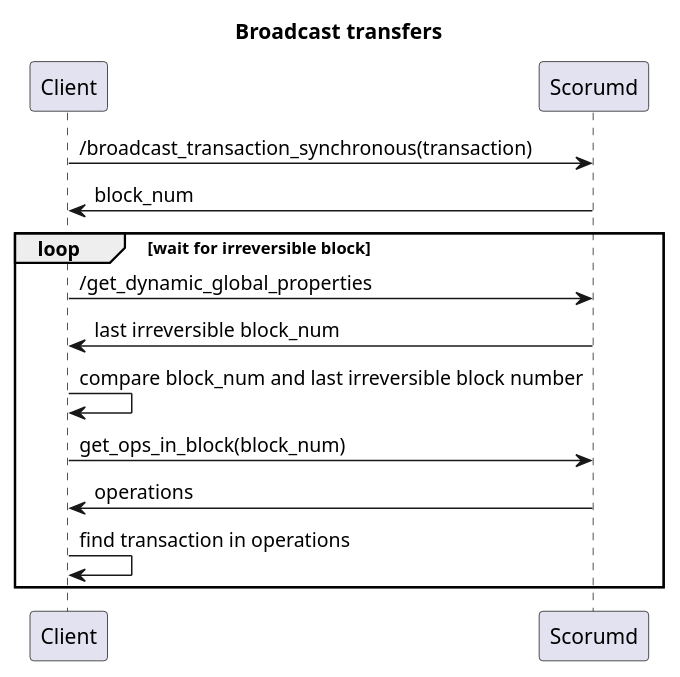
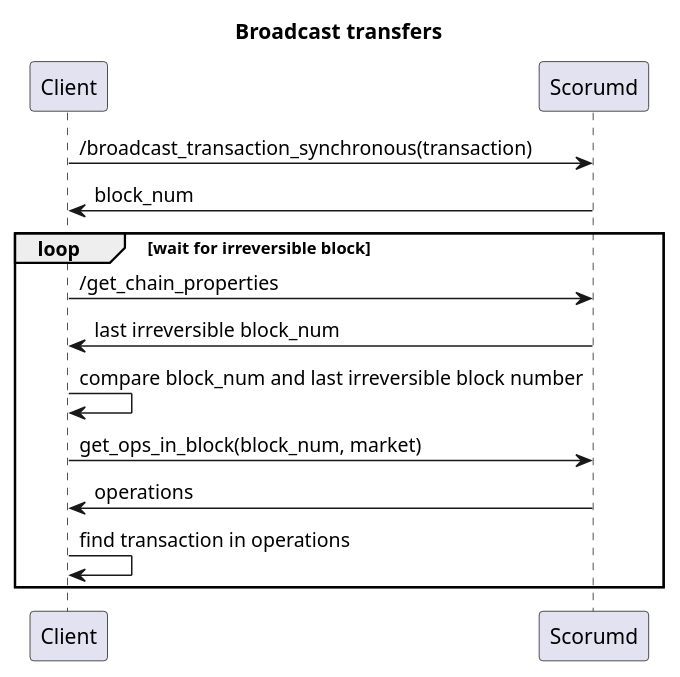
One commit to scorum/scorum-go changed the diagram in examples/deposits/diagrams/broadcast.wsd. Above: the diagram before and after it, drawn with PlantUML. The commit also changed 11 other files, not shown here.

Commit message:
get_chain properties, get_account_scr_to_scr_transfers

```diff
--- a/examples/deposits/diagrams/broadcast.wsd
+++ b/examples/deposits/diagrams/broadcast.wsd
@@ -1,11 +1,11 @@
 title Broadcast transfers
 Client->Scorumd: /broadcast_transaction_synchronous(transaction)
 Scorumd->Client: block_num
 loop wait for irreversible block
-Client->Scorumd: /get_dynamic_global_properties
+Client->Scorumd: /get_chain_properties
 Scorumd->Client: last irreversible block_num
 Client->Client: compare block_num and last irreversible block number
-Client->Scorumd:get_ops_in_block(block_num)
+Client->Scorumd:get_ops_in_block(block_num, market)
 Scorumd->Client: operations
 Client->Client: find transaction in operations
 end
```
